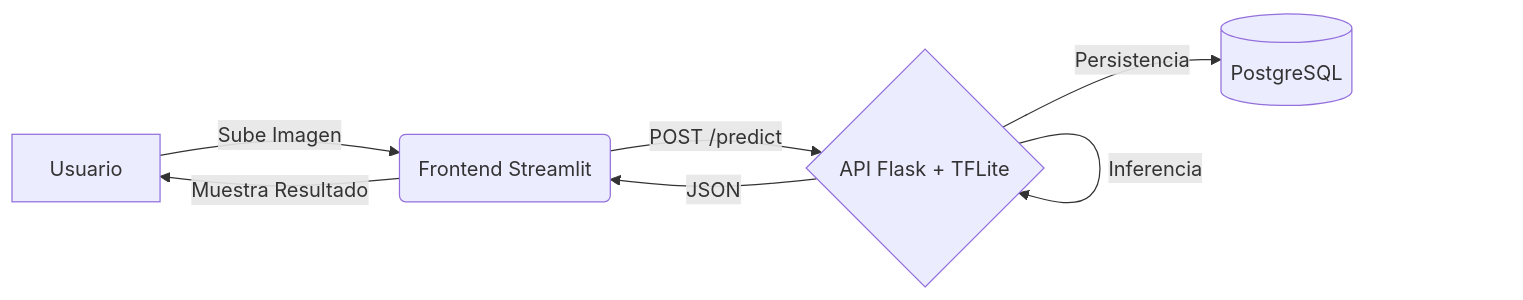
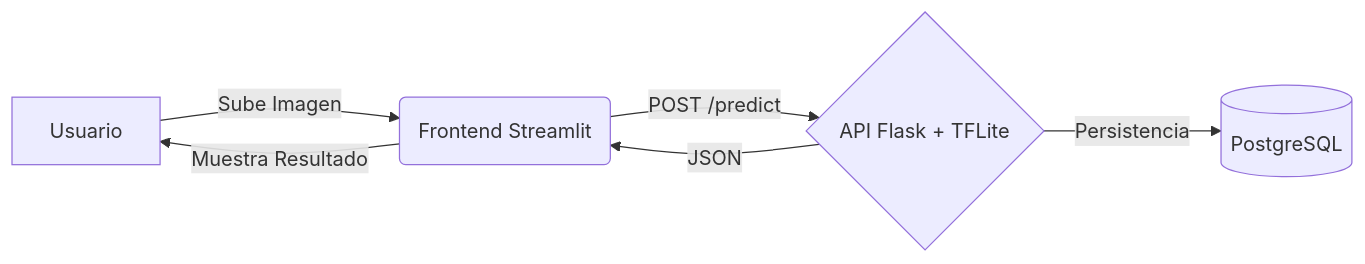
One commit to rizzijp/galaxy-classifier changed the diagram in README.md. Above: the diagram before and after it, drawn with Mermaid.

Commit message:
Mermaid chart fix en README

````diff
--- a/README.md
+++ b/README.md
@@ -41,11 +41,9 @@
 ```mermaid
 graph LR
     A[Usuario] -->|Sube Imagen| B(Frontend Streamlit)
     B -->|POST /predict| C{API Flask + TFLite}
-    C -->|Validación & Preproceso| C
-    C -->|Inferencia| C
     C -->|Persistencia| D[(PostgreSQL)]
     C -->|JSON| B
     B -->|Muestra Resultado| A
 
 ```
````
